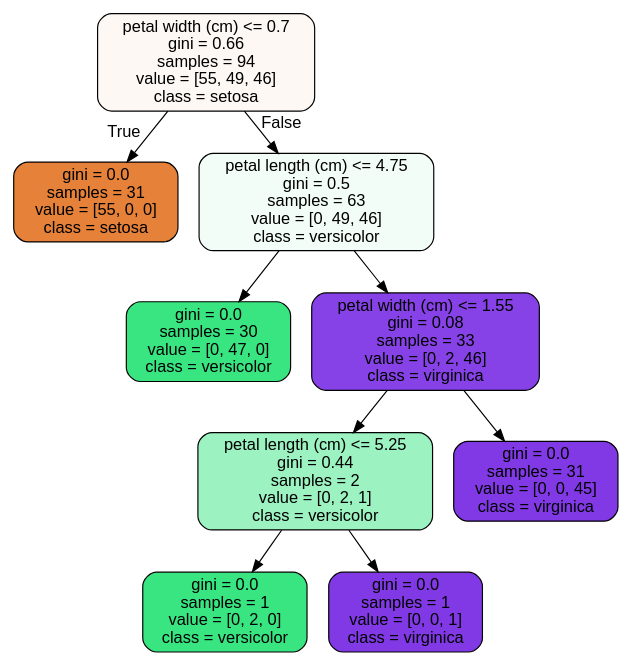
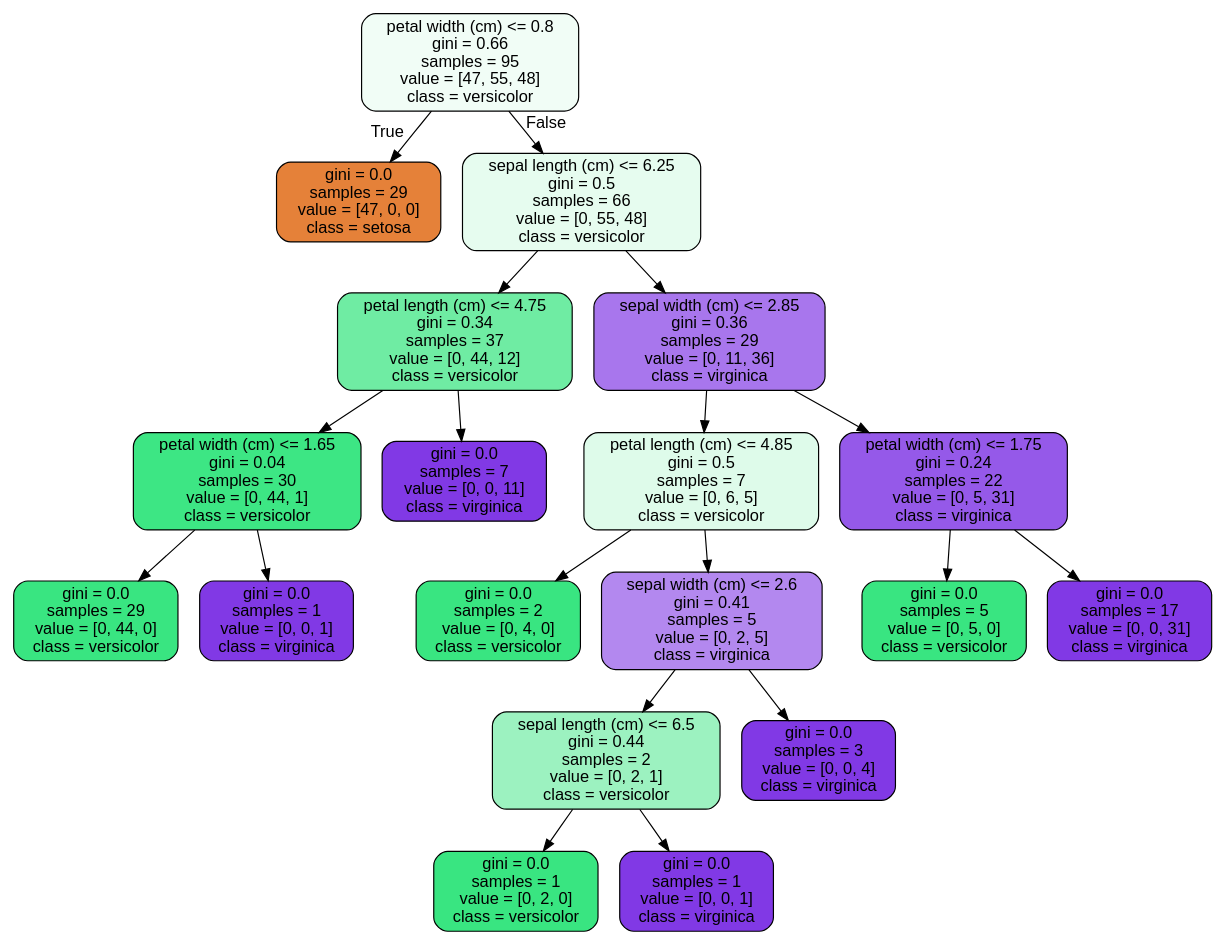
Before and after one commit to ozgunuzer/SpringBoard: the diagram in RandomForest_Covid_Case_Study/tree.dot, drawn with Graphviz. The commit also changed 36 other files, not shown here.

```diff
--- a/RandomForest_Covid_Case_Study/tree.dot
+++ b/RandomForest_Covid_Case_Study/tree.dot
@@ -1,21 +1,41 @@
 digraph Tree {
 node [shape=box, style="filled, rounded", color="black", fontname=helvetica] ;
 edge [fontname=helvetica] ;
-0 [label="petal width (cm) <= 0.7\ngini = 0.66\nsamples = 94\nvalue = [55, 49, 46]\nclass = setosa", fillcolor="#fdf8f3"] ;
-1 [label="gini = 0.0\nsamples = 31\nvalue = [55, 0, 0]\nclass = setosa", fillcolor="#e58139"] ;
+0 [label="petal width (cm) <= 0.8\ngini = 0.66\nsamples = 95\nvalue = [47, 55, 48]\nclass = versicolor", fillcolor="#f1fdf6"] ;
+1 [label="gini = 0.0\nsamples = 29\nvalue = [47, 0, 0]\nclass = setosa", fillcolor="#e58139"] ;
 0 -> 1 [labeldistance=2.5, labelangle=45, headlabel="True"] ;
-2 [label="petal length (cm) <= 4.75\ngini = 0.5\nsamples = 63\nvalue = [0, 49, 46]\nclass = versicolor", fillcolor="#f3fdf7"] ;
+2 [label="sepal length (cm) <= 6.25\ngini = 0.5\nsamples = 66\nvalue = [0, 55, 48]\nclass = versicolor", fillcolor="#e6fcef"] ;
 0 -> 2 [labeldistance=2.5, labelangle=-45, headlabel="False"] ;
-3 [label="gini = 0.0\nsamples = 30\nvalue = [0, 47, 0]\nclass = versicolor", fillcolor="#39e581"] ;
+3 [label="petal length (cm) <= 4.75\ngini = 0.34\nsamples = 37\nvalue = [0, 44, 12]\nclass = versicolor", fillcolor="#6feca3"] ;
 2 -> 3 ;
-4 [label="petal width (cm) <= 1.55\ngini = 0.08\nsamples = 33\nvalue = [0, 2, 46]\nclass = virginica", fillcolor="#8642e6"] ;
-2 -> 4 ;
-5 [label="petal length (cm) <= 5.25\ngini = 0.44\nsamples = 2\nvalue = [0, 2, 1]\nclass = versicolor", fillcolor="#9cf2c0"] ;
+4 [label="petal width (cm) <= 1.65\ngini = 0.04\nsamples = 30\nvalue = [0, 44, 1]\nclass = versicolor", fillcolor="#3de684"] ;
+3 -> 4 ;
+5 [label="gini = 0.0\nsamples = 29\nvalue = [0, 44, 0]\nclass = versicolor", fillcolor="#39e581"] ;
 4 -> 5 ;
-6 [label="gini = 0.0\nsamples = 1\nvalue = [0, 2, 0]\nclass = versicolor", fillcolor="#39e581"] ;
-5 -> 6 ;
-7 [label="gini = 0.0\nsamples = 1\nvalue = [0, 0, 1]\nclass = virginica", fillcolor="#8139e5"] ;
-5 -> 7 ;
-8 [label="gini = 0.0\nsamples = 31\nvalue = [0, 0, 45]\nclass = virginica", fillcolor="#8139e5"] ;
-4 -> 8 ;
+6 [label="gini = 0.0\nsamples = 1\nvalue = [0, 0, 1]\nclass = virginica", fillcolor="#8139e5"] ;
+4 -> 6 ;
+7 [label="gini = 0.0\nsamples = 7\nvalue = [0, 0, 11]\nclass = virginica", fillcolor="#8139e5"] ;
+3 -> 7 ;
+8 [label="sepal width (cm) <= 2.85\ngini = 0.36\nsamples = 29\nvalue = [0, 11, 36]\nclass = virginica", fillcolor="#a876ed"] ;
+2 -> 8 ;
+9 [label="petal length (cm) <= 4.85\ngini = 0.5\nsamples = 7\nvalue = [0, 6, 5]\nclass = versicolor", fillcolor="#defbea"] ;
+8 -> 9 ;
+10 [label="gini = 0.0\nsamples = 2\nvalue = [0, 4, 0]\nclass = versicolor", fillcolor="#39e581"] ;
+9 -> 10 ;
+11 [label="sepal width (cm) <= 2.6\ngini = 0.41\nsamples = 5\nvalue = [0, 2, 5]\nclass = virginica", fillcolor="#b388ef"] ;
+9 -> 11 ;
+12 [label="sepal length (cm) <= 6.5\ngini = 0.44\nsamples = 2\nvalue = [0, 2, 1]\nclass = versicolor", fillcolor="#9cf2c0"] ;
+11 -> 12 ;
+13 [label="gini = 0.0\nsamples = 1\nvalue = [0, 2, 0]\nclass = versicolor", fillcolor="#39e581"] ;
+12 -> 13 ;
+14 [label="gini = 0.0\nsamples = 1\nvalue = [0, 0, 1]\nclass = virginica", fillcolor="#8139e5"] ;
+12 -> 14 ;
+15 [label="gini = 0.0\nsamples = 3\nvalue = [0, 0, 4]\nclass = virginica", fillcolor="#8139e5"] ;
+11 -> 15 ;
+16 [label="petal width (cm) <= 1.75\ngini = 0.24\nsamples = 22\nvalue = [0, 5, 31]\nclass = virginica", fillcolor="#9559e9"] ;
+8 -> 16 ;
+17 [label="gini = 0.0\nsamples = 5\nvalue = [0, 5, 0]\nclass = versicolor", fillcolor="#39e581"] ;
+16 -> 17 ;
+18 [label="gini = 0.0\nsamples = 17\nvalue = [0, 0, 31]\nclass = virginica", fillcolor="#8139e5"] ;
+16 -> 18 ;
 }
```
